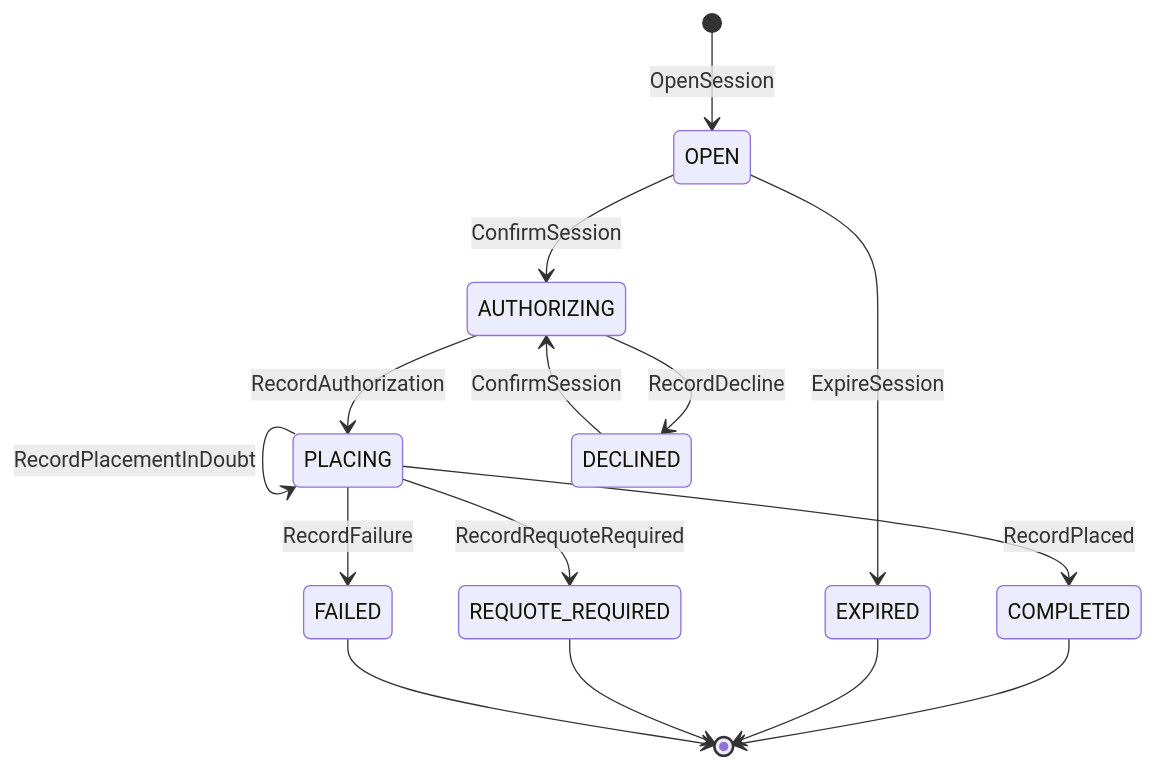
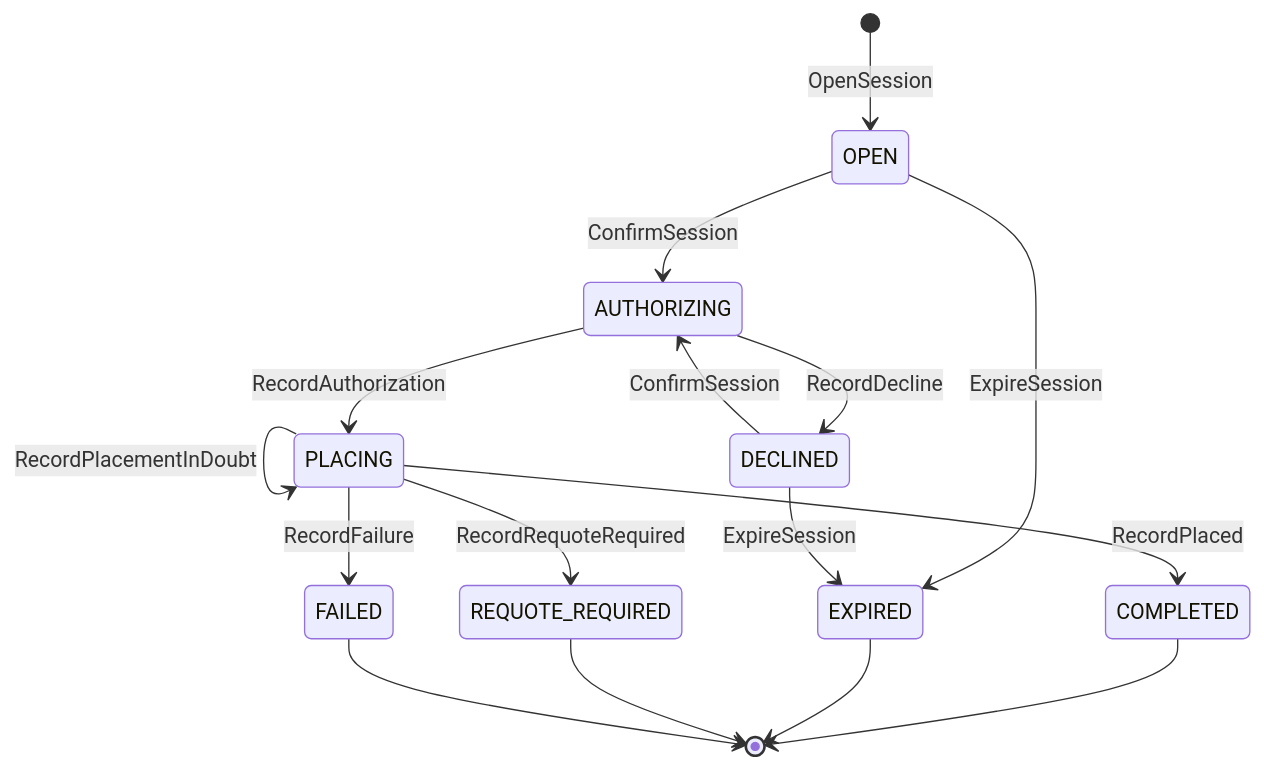
Before and after one commit to IQVO/warehouse-docs: the diagram in storefront/docs/contexts/checkout/aggregate-design-canvas.md, drawn with Mermaid. The commit also changed other lines of this file and 11 other files, not shown here.

````diff
--- a/storefront/docs/contexts/checkout/aggregate-design-canvas.md
+++ b/storefront/docs/contexts/checkout/aggregate-design-canvas.md
@@ -47,17 +51,18 @@
 ```mermaid
 stateDiagram-v2
     [*] --> OPEN: OpenSession
     OPEN --> AUTHORIZING: ConfirmSession
     OPEN --> EXPIRED: ExpireSession
+    DECLINED --> EXPIRED: ExpireSession
     AUTHORIZING --> PLACING: RecordAuthorization
     AUTHORIZING --> DECLINED: RecordDecline
     DECLINED --> AUTHORIZING: ConfirmSession
     PLACING --> PLACING: RecordPlacementInDoubt
     PLACING --> COMPLETED: RecordPlaced
     PLACING --> REQUOTE_REQUIRED: RecordRequoteRequired
     PLACING --> FAILED: RecordFailure
     COMPLETED --> [*]
     EXPIRED --> [*]
     REQUOTE_REQUIRED --> [*]
     FAILED --> [*]
 ```
````
